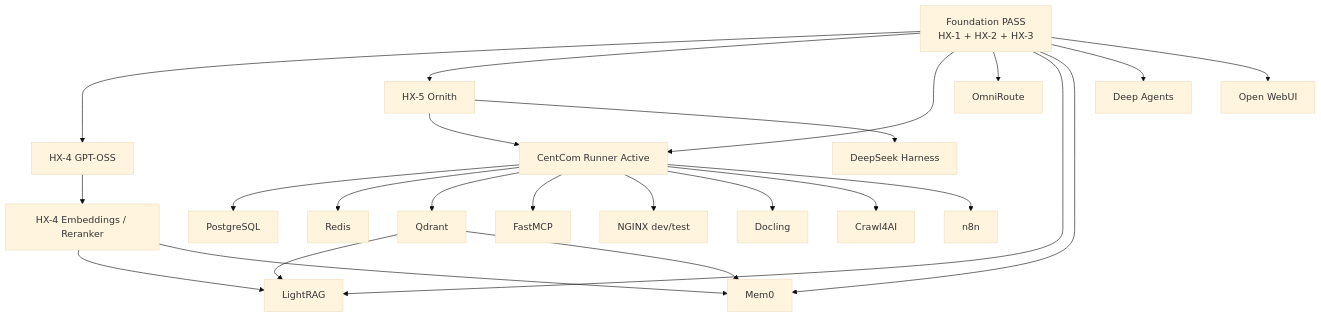
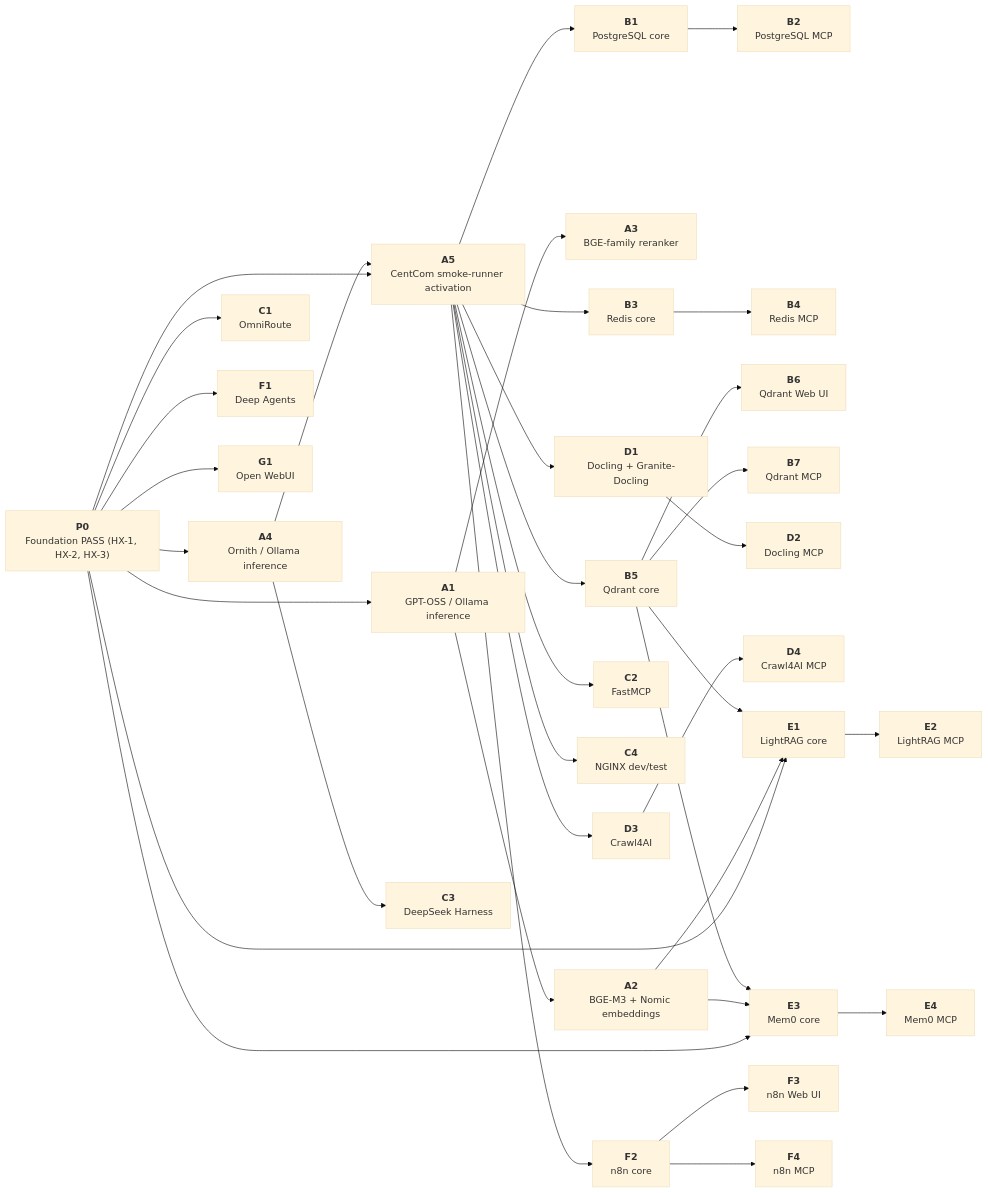
Before and after one commit to HX-Infratstructure/HX-Eco-System: the diagram in docs/00-control/HX-ECO-SYSTEM-SMOKE-TEST-ROADMAP.md, drawn with Mermaid (base theme). The commit also changed other lines of this file and 13 other files, not shown here.

````diff
--- a/docs/00-control/HX-ECO-SYSTEM-SMOKE-TEST-ROADMAP.md
+++ b/docs/00-control/HX-ECO-SYSTEM-SMOKE-TEST-ROADMAP.md
@@ -211,56 +225,68 @@
 ```mermaid
-flowchart TD
-    F0["Foundation PASS<br/>HX-1 + HX-2 + HX-3"]
-    A1["HX-4 GPT-OSS"]
-    A2["HX-4 Embeddings / Reranker"]
-    A4["HX-5 Ornith"]
-    A5["CentCom Runner Active"]
+flowchart LR
+    P0["<b>P0</b><br/>Foundation PASS (HX-1, HX-2, HX-3)"]
+    A1["<b>A1</b><br/>GPT-OSS / Ollama inference"]
+    A2["<b>A2</b><br/>BGE-M3 + Nomic embeddings"]
+    A3["<b>A3</b><br/>BGE-family reranker"]
+    A4["<b>A4</b><br/>Ornith / Ollama inference"]
+    A5["<b>A5</b><br/>CentCom smoke-runner activation"]
+    B1["<b>B1</b><br/>PostgreSQL core"]
+    B2["<b>B2</b><br/>PostgreSQL MCP"]
+    B3["<b>B3</b><br/>Redis core"]
+    B4["<b>B4</b><br/>Redis MCP"]
+    B5["<b>B5</b><br/>Qdrant core"]
+    B6["<b>B6</b><br/>Qdrant Web UI"]
+    B7["<b>B7</b><br/>Qdrant MCP"]
+    C1["<b>C1</b><br/>OmniRoute"]
+    C2["<b>C2</b><br/>FastMCP"]
+    C3["<b>C3</b><br/>DeepSeek Harness"]
+    C4["<b>C4</b><br/>NGINX dev/test"]
+    D1["<b>D1</b><br/>Docling + Granite-Docling"]
+    D2["<b>D2</b><br/>Docling MCP"]
+    D3["<b>D3</b><br/>Crawl4AI"]
+    D4["<b>D4</b><br/>Crawl4AI MCP"]
+    E1["<b>E1</b><br/>LightRAG core"]
+    E2["<b>E2</b><br/>LightRAG MCP"]
+    E3["<b>E3</b><br/>Mem0 core"]
+    E4["<b>E4</b><br/>Mem0 MCP"]
+    F1["<b>F1</b><br/>Deep Agents"]
+    F2["<b>F2</b><br/>n8n core"]
+    F3["<b>F3</b><br/>n8n Web UI"]
+    F4["<b>F4</b><br/>n8n MCP"]
+    G1["<b>G1</b><br/>Open WebUI"]
 
-    B1["PostgreSQL"]
-    B3["Redis"]
-    B5["Qdrant"]
-
-    C1["OmniRoute"]
-    C2["FastMCP"]
-    C3["DeepSeek Harness"]
-    C4["NGINX dev/test"]
-
-    D1["Docling"]
-    D3["Crawl4AI"]
-
-    E1["LightRAG"]
-    E3["Mem0"]
-
-    F1["Deep Agents"]
-    F2["n8n"]
-    G1["Open WebUI"]
-
-    F0 --> A1
-    F0 --> A4
+    P0 --> A1
     A1 --> A2
+    A1 --> A3
+    P0 --> A4
     A4 --> A5
-    F0 --> A5
-
+    P0 --> A5
     A5 --> B1
+    B1 --> B2
     A5 --> B3
+    B3 --> B4
     A5 --> B5
+    B5 --> B6
+    B5 --> B7
+    P0 --> C1
     A5 --> C2
+    A4 --> C3
     A5 --> C4
     A5 --> D1
+    D1 --> D2
     A5 --> D3
-    A5 --> F2
-
-    F0 --> C1
-    A4 --> C3
-
+    D3 --> D4
     B5 --> E1
     A2 --> E1
-    F0 --> E1
-
+    P0 --> E1
+    E1 --> E2
     B5 --> E3
     A2 --> E3
-    F0 --> E3
-
-    F0 --> F1
-    F0 --> G1
+    P0 --> E3
+    E3 --> E4
+    P0 --> F1
+    A5 --> F2
+    F2 --> F3
+    F2 --> F4
+    P0 --> G1
 ```
````
